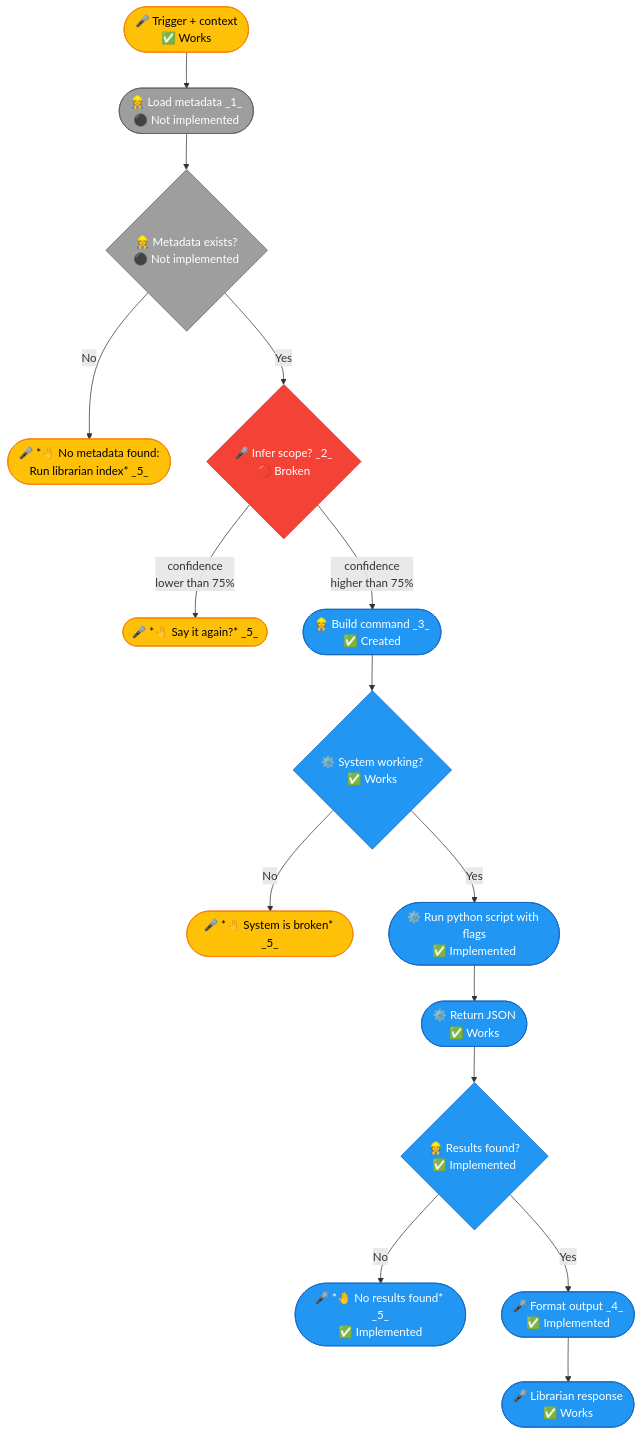
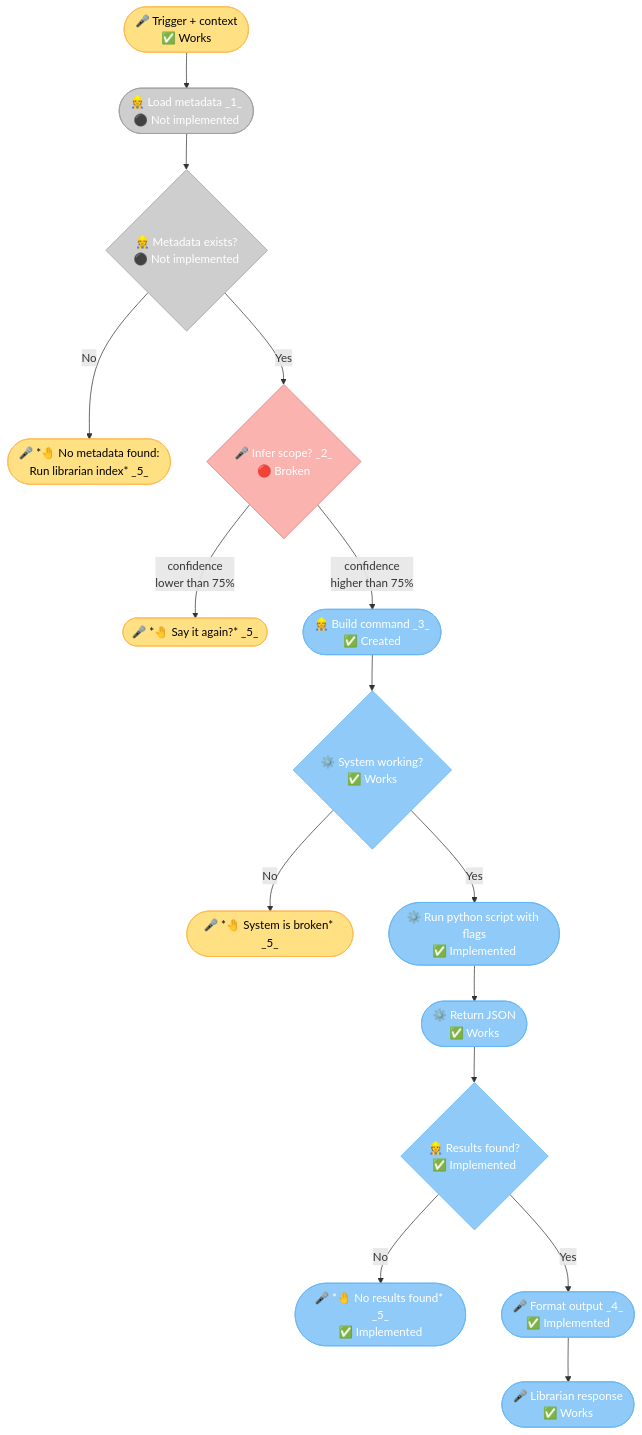
The first of 2 diagrams in backstage/epic-notes/v0.15.0-skill-protocol.md (nonlinear/librarian), drawn with Mermaid before and after one commit. The commit also changed other lines of this file, not shown here.

Commit message:
epic-15: Lighten all colors globally (50-60% lighter, remove color names from legend)

````diff
--- a/backstage/epic-notes/v0.15.0-skill-protocol.md
+++ b/backstage/epic-notes/v0.15.0-skill-protocol.md
@@ -3,41 +3,41 @@
 ```mermaid
 flowchart TB
     TRIGGER(["🎤 Trigger + context<br/>✅ Works"])
     TRIGGER --> METADATA(["👷 Load metadata _1_<br/>⚫ Not implemented"])
     METADATA --> CHECK{"👷 Metadata exists?<br/>⚫ Not implemented"}
     
     CHECK -->|"No"| ERROR(["🎤 *🤚 No metadata found:<br>Run librarian index* _5_"])
     CHECK -->|"Yes"| INFER{"🎤 Infer scope? _2_<br/>🔴 Broken"}
     
     INFER -->|"confidence<br>lower than 75%"| CLARIFY(["🎤 *🤚 Say it again?* _5_"])
     INFER -->|"confidence<br>higher than 75%"| BUILD(["👷 Build command _3_<br/>✅ Created"])
     
     BUILD --> CHECK_SYSTEM{"⚙️ System working?<br/>✅ Works"}
     
     CHECK_SYSTEM -->|"No"| BROKEN(["🎤 *🤚 System is broken* _5_"])
     CHECK_SYSTEM -->|"Yes"| EXEC(["⚙️ Run python script with flags<br/>✅ Implemented"])
     
     EXEC --> JSON(["⚙️ Return JSON<br/>✅ Works"])
     JSON --> CHECK_RESULTS{"👷 Results found?<br/>✅ Implemented"}
     
     CHECK_RESULTS -->|"No"| EMPTY(["🎤 *🤚 No results found* _5_<br/>✅ Implemented"])
     CHECK_RESULTS -->|"Yes"| FORMAT(["🎤 Format output _4_<br/>✅ Implemented"])
     
     FORMAT --> RESPONSE(["🎤 Librarian response<br/>✅ Works"])
     
-    style TRIGGER fill:#FFC107,stroke:#F57C00,color:#000
-    style METADATA fill:#9E9E9E,stroke:#616161,color:#fff
-    style INFER fill:#f44336,stroke:#c62828,color:#fff
-    style CLARIFY fill:#FFC107,stroke:#F57C00,color:#000
-    style BUILD fill:#2196F3,stroke:#1565C0,color:#fff
-    style EXEC fill:#2196F3,stroke:#1565C0,color:#fff
-    style JSON fill:#2196F3,stroke:#1565C0,color:#fff
-    style FORMAT fill:#2196F3,stroke:#1565C0,color:#fff
-    style RESPONSE fill:#2196F3,stroke:#1565C0,color:#fff
-    style CHECK fill:#9E9E9E,stroke:#616161,color:#fff
-    style ERROR fill:#FFC107,stroke:#F57C00,color:#000
-    style CHECK_SYSTEM fill:#2196F3,stroke:#1565C0,color:#fff
-    style BROKEN fill:#FFC107,stroke:#F57C00,color:#000
-    style CHECK_RESULTS fill:#2196F3,stroke:#1565C0,color:#fff
-    style EMPTY fill:#2196F3,stroke:#1565C0,color:#fff
+    style TRIGGER fill:#FFE083,stroke:#FFB74D,color:#000
+    style METADATA fill:#CECECE,stroke:#9E9E9E,color:#fff
+    style INFER fill:#FAB3AE,stroke:#E57373,color:#fff
+    style CLARIFY fill:#FFE083,stroke:#FFB74D,color:#000
+    style BUILD fill:#90CAF9,stroke:#64B5F6,color:#fff
+    style EXEC fill:#90CAF9,stroke:#64B5F6,color:#fff
+    style JSON fill:#90CAF9,stroke:#64B5F6,color:#fff
+    style FORMAT fill:#90CAF9,stroke:#64B5F6,color:#fff
+    style RESPONSE fill:#90CAF9,stroke:#64B5F6,color:#fff
+    style CHECK fill:#CECECE,stroke:#9E9E9E,color:#fff
+    style ERROR fill:#FFE083,stroke:#FFB74D,color:#000
+    style CHECK_SYSTEM fill:#90CAF9,stroke:#64B5F6,color:#fff
+    style BROKEN fill:#FFE083,stroke:#FFB74D,color:#000
+    style CHECK_RESULTS fill:#90CAF9,stroke:#64B5F6,color:#fff
+    style EMPTY fill:#90CAF9,stroke:#64B5F6,color:#fff
 ```
````
